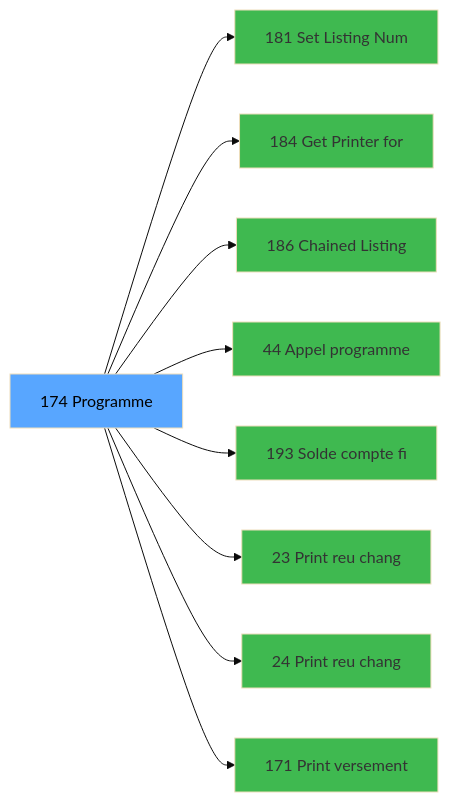
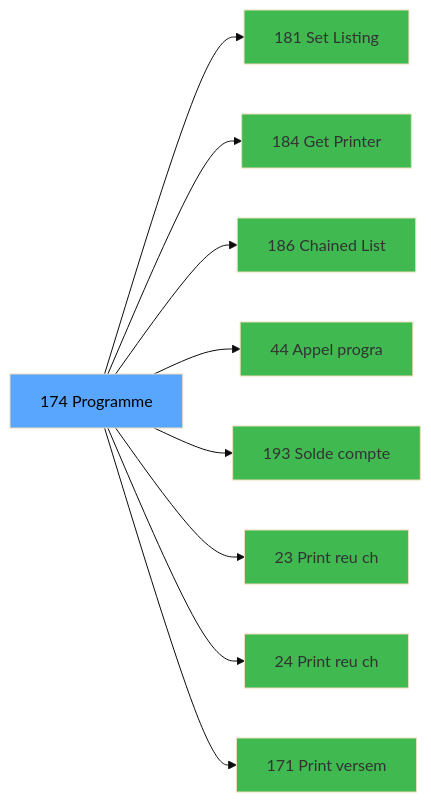
One commit to thonyAGP/magic-migration changed the third of 3 diagrams in .openspec/specs/ADH-IDE-174.md. Above: the diagram before and after it, drawn with Mermaid (base theme). The commit also changed other lines of this file and 323 other files, not shown here.

````diff
--- a/.openspec/specs/ADH-IDE-174.md
+++ b/.openspec/specs/ADH-IDE-174.md
@@ -145,29 +174,29 @@
 ```mermaid
 graph LR
     T[174 Programme]
-    C181[181 Set Listing Num]
+    C181[181 Set Listing ]
     T --> C181
-    C184[184 Get Printer for]
+    C184[184 Get Printer ]
     T --> C184
-    C186[186 Chained Listing]
+    C186[186 Chained List]
     T --> C186
-    C44[44 Appel programme]
+    C44[44 Appel progra]
     T --> C44
-    C193[193 Solde compte fi]
+    C193[193 Solde compte]
     T --> C193
-    C23[23 Print reu chang]
+    C23[23 Print reu ch]
     T --> C23
-    C24[24 Print reu chang]
+    C24[24 Print reu ch]
     T --> C24
-    C171[171 Print versement]
+    C171[171 Print versem]
     T --> C171
     style T fill:#58a6ff,color:#000
     style C181 fill:#3fb950
     style C184 fill:#3fb950
     style C186 fill:#3fb950
     style C44 fill:#3fb950
     style C193 fill:#3fb950
     style C23 fill:#3fb950
     style C24 fill:#3fb950
     style C171 fill:#3fb950
 ```
````
